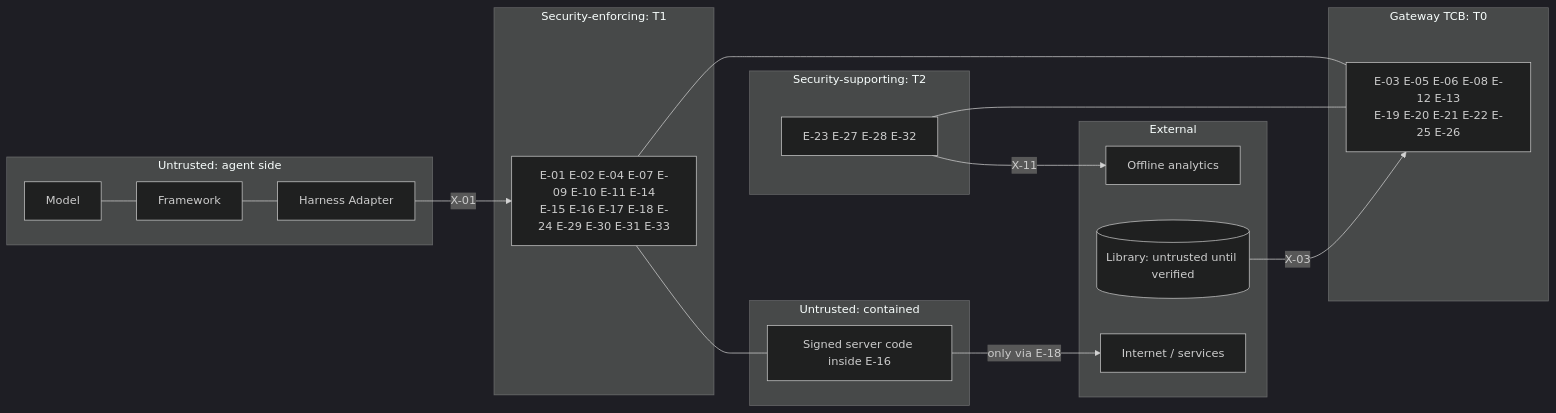
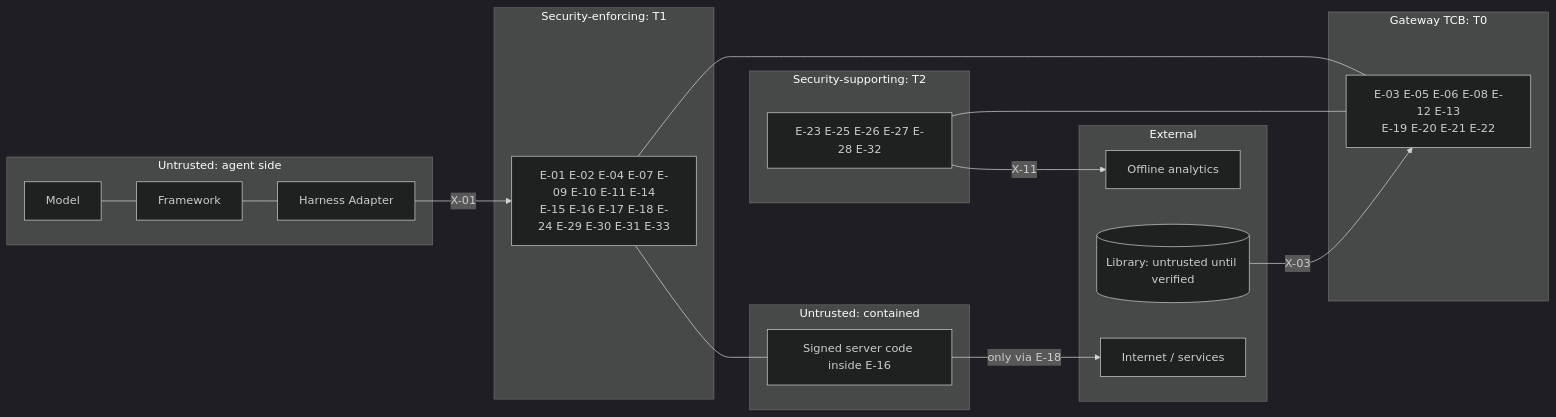
Before and after one commit to ethan03805/Secure-MCP-Gateway: the seventh of 9 diagrams in ArchitectureV2.md, drawn with Mermaid (dark theme). The commit also changed other lines of this file and 34 other files, not shown here.

First line of the commit message:
Re-baseline the specification as SRS V1.2 and architecture V2.3 (#7)

````diff
--- a/ArchitectureV2.md
+++ b/ArchitectureV2.md
@@ -969,30 +996,30 @@
 ```mermaid
 flowchart LR
   subgraph U1[Untrusted: agent side]
     MODEL[Model] --- AF[Framework] --- HA[Harness Adapter]
   end
   subgraph TCB[Gateway TCB: T0]
-    T0N["E-03 E-05 E-06 E-08 E-12 E-13<br/>E-19 E-20 E-21 E-22 E-25 E-26"]
+    T0N["E-03 E-05 E-06 E-08 E-12 E-13<br/>E-19 E-20 E-21 E-22"]
   end
   subgraph ENF[Security-enforcing: T1]
     T1N["E-01 E-02 E-04 E-07 E-09 E-10 E-11 E-14<br/>E-15 E-16 E-17 E-18 E-24 E-29 E-30 E-31 E-33"]
   end
   subgraph SUP[Security-supporting: T2]
-    T2N["E-23 E-27 E-28 E-32"]
+    T2N["E-23 E-25 E-26 E-27 E-28 E-32"]
   end
   subgraph U2[Untrusted: contained]
     SRV[Signed server code inside E-16]
   end
   subgraph EXT[External]
     NET[Internet / services]
     LIB[(Library: untrusted until verified)]
     OFF[Offline analytics]
   end
   HA -- X-01 --> T1N
   T1N --- T0N
   T2N --- T0N
   T1N --- SRV
   SRV -- only via E-18 --> NET
   LIB -- X-03 --> T0N
   T2N -- X-11 --> OFF
 ```
````
